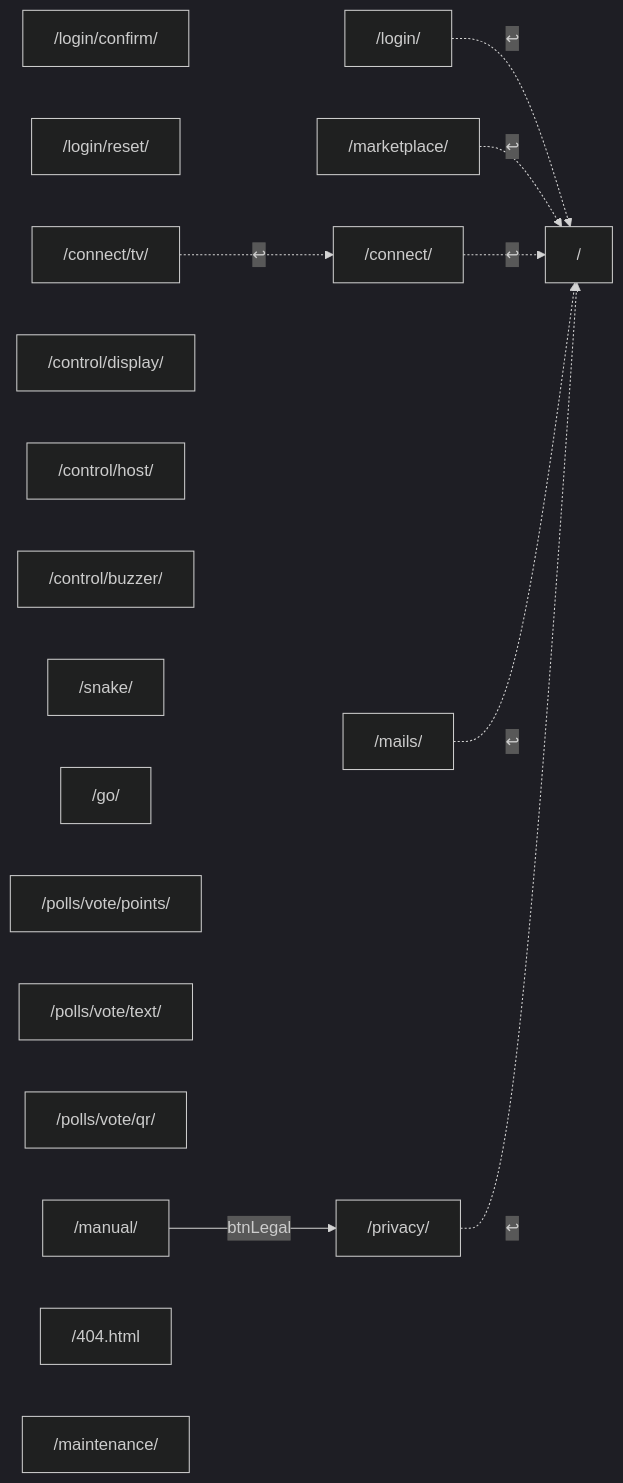
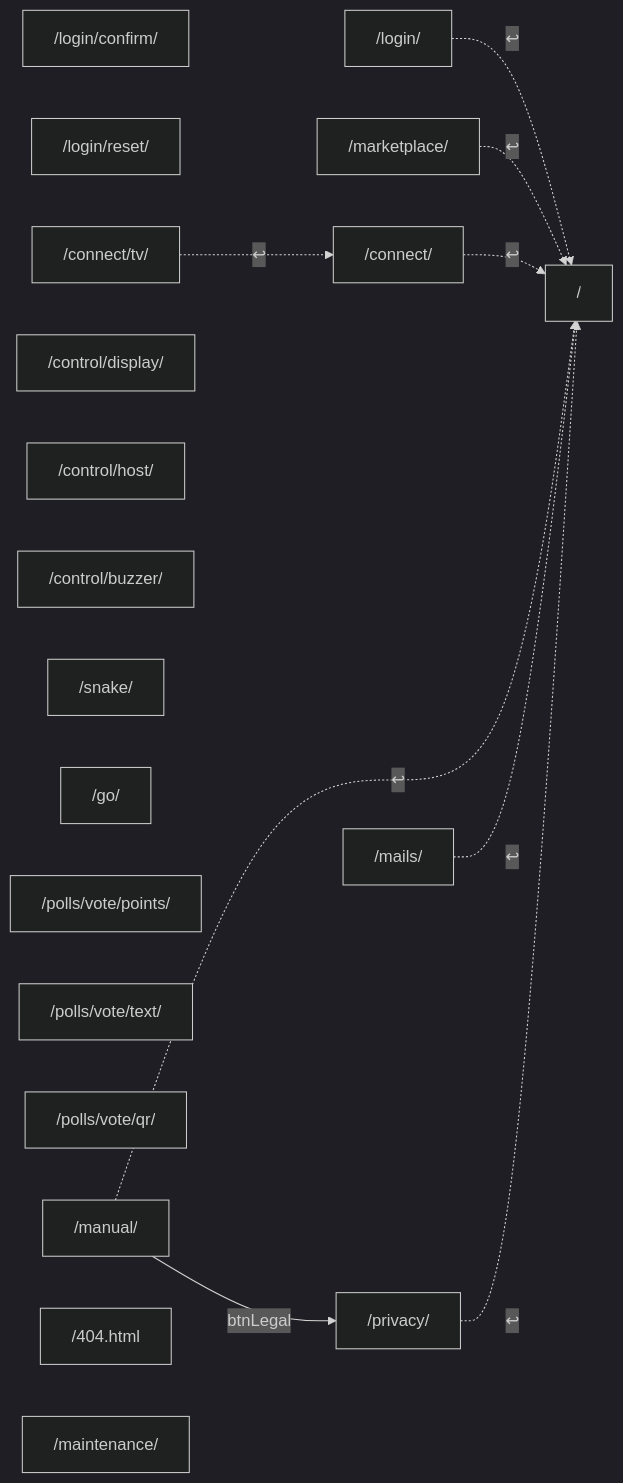
The fourth of 9 diagrams in docs/nawigacja-mapa-plan.md (Andrish97/familiada), drawn with Mermaid (dark theme) before and after one commit. The commit also changed other lines of this file and 9 other files, not shown here.

````diff
--- a/docs/nawigacja-mapa-plan.md
+++ b/docs/nawigacja-mapa-plan.md
@@ -611,30 +611,31 @@
 ```mermaid
 flowchart LR
   home["/"]
   login["/login/"]
   loginConfirm["/login/confirm/"]
   loginReset["/login/reset/"]
   marketplace["/marketplace/"]
   connectDevice["/connect/"]
   connectTv["/connect/tv/"]
   controlDisplay["/control/display/"]
   controlHost["/control/host/"]
   controlBuzzer["/control/buzzer/"]
   snake["/snake/"]
   go["/go/"]
   pollVotePoints["/polls/vote/points/"]
   pollVoteText["/polls/vote/text/"]
   pollVoteQr["/polls/vote/qr/"]
   manual["/manual/"]
   mailCenter["/mails/"]
   privacy["/privacy/"]
   notFound["/404.html"]
   maintenance["/maintenance/"]
   manual -->|btnLegal| privacy
   login -.->|↩| home
   marketplace -.->|↩| home
   connectDevice -.->|↩| home
   connectTv -.->|↩| connectDevice
+  manual -.->|↩| home
   mailCenter -.->|↩| home
   privacy -.->|↩| home
 ```
````
